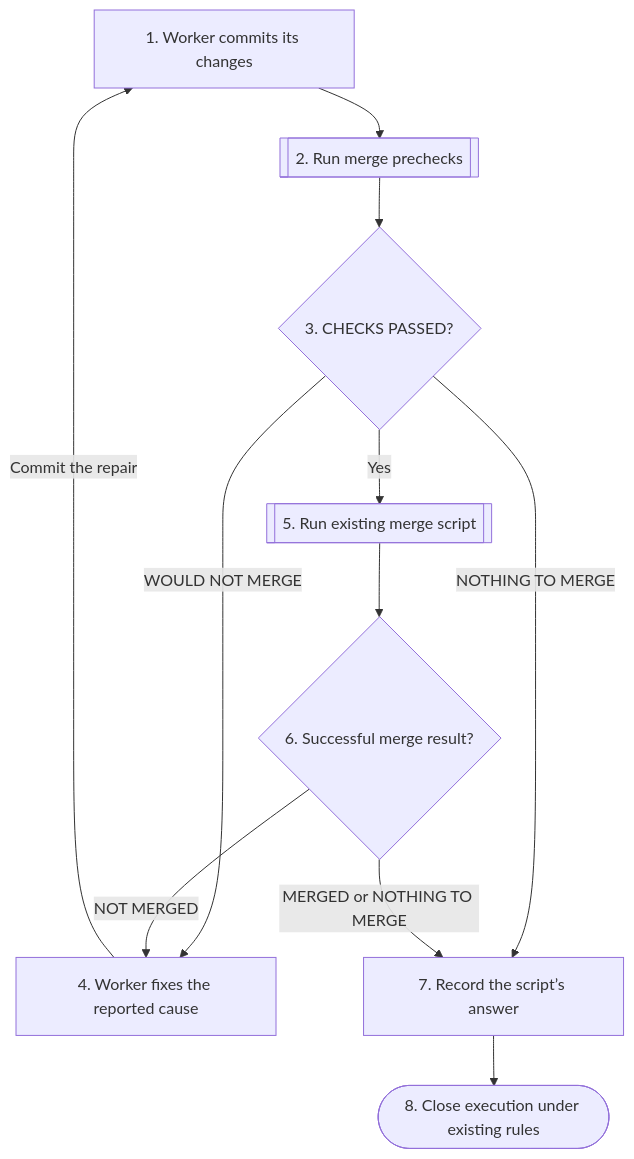
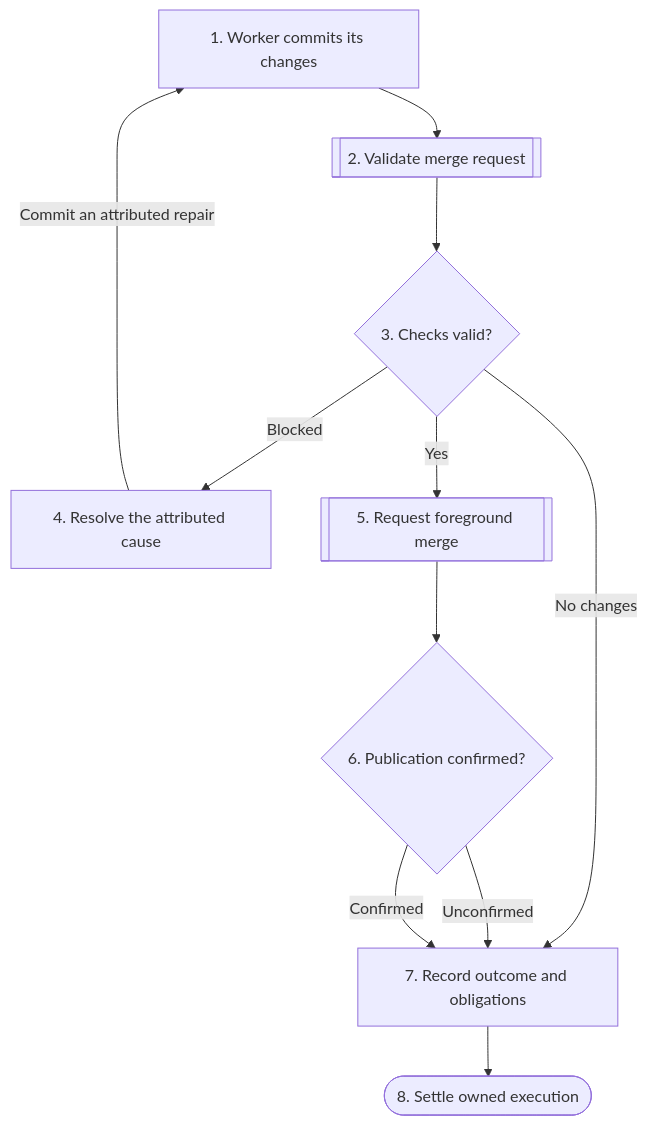
One commit to fatonsopa/ai-task-manager changed the diagram in docs/assets/diagrams/worker-merge.mmd. Above: the diagram before and after it, drawn with Mermaid. The commit also changed 9 other files, not shown here.

```diff
--- a/docs/assets/diagrams/worker-merge.mmd
+++ b/docs/assets/diagrams/worker-merge.mmd
@@ -1,33 +1,33 @@
 %% View: overview
 %% Diagram: Flowchart
-%% Subtitle: The preserved merge route and verified result handling.
+%% Subtitle: Planned merges through one authority, with current checks and verified outcomes.
 flowchart TD
     accTitle: Worker merge workflow
-    accDescr: The worker keeps the existing merge procedure; the proposed controller records its result.
+    accDescr: A worker commits its own changes and requests a foreground merge through the product authority. Checks and publication are verified before execution is settled; unknown outcomes retain recovery obligations. Public command names remain pending.
     A@{ shape: rect, label: "1. Worker commits its changes" }
     class A process
-    B@{ shape: fr-rect, label: "2. Run merge prechecks" }
+    B@{ shape: fr-rect, label: "2. Validate merge request" }
     class B predefined
-    C@{ shape: diam, label: "3. CHECKS PASSED?" }
+    C@{ shape: diam, label: "3. Checks valid?" }
     class C decision
-    D@{ shape: rect, label: "4. Worker fixes the reported cause" }
+    D@{ shape: rect, label: "4. Resolve the attributed cause" }
     class D process
-    E@{ shape: fr-rect, label: "5. Run existing merge script" }
+    E@{ shape: fr-rect, label: "5. Request foreground merge" }
     class E predefined
-    F@{ shape: diam, label: "6. Successful merge result?" }
+    F@{ shape: diam, label: "6. Publication confirmed?" }
     class F decision
-    G@{ shape: rect, label: "7. Record the script’s answer" }
+    G@{ shape: rect, label: "7. Record outcome and obligations" }
     class G process
-    H@{ shape: stadium, label: "8. Close execution under existing rules" }
+    H@{ shape: stadium, label: "8. Settle owned execution" }
     class H terminator
     A --> B
     B --> C
-    C -->|"WOULD NOT MERGE"| D
+    C -->|"Blocked"| D
     C -->|"Yes"| E
-    C -->|"NOTHING TO MERGE"| G
-    D -->|"Commit the repair"| A
+    C -->|"No changes"| G
+    D -->|"Commit an attributed repair"| A
     E --> F
-    F -->|"NOT MERGED"| D
-    F -->|"MERGED or NOTHING TO MERGE"| G
+    F -->|"Unconfirmed"| G
+    F -->|"Confirmed"| G
     G --> H
-%% Legend: flow_arrow | Existing merge flow
+%% Legend: flow_arrow | Next action or outcome
```
